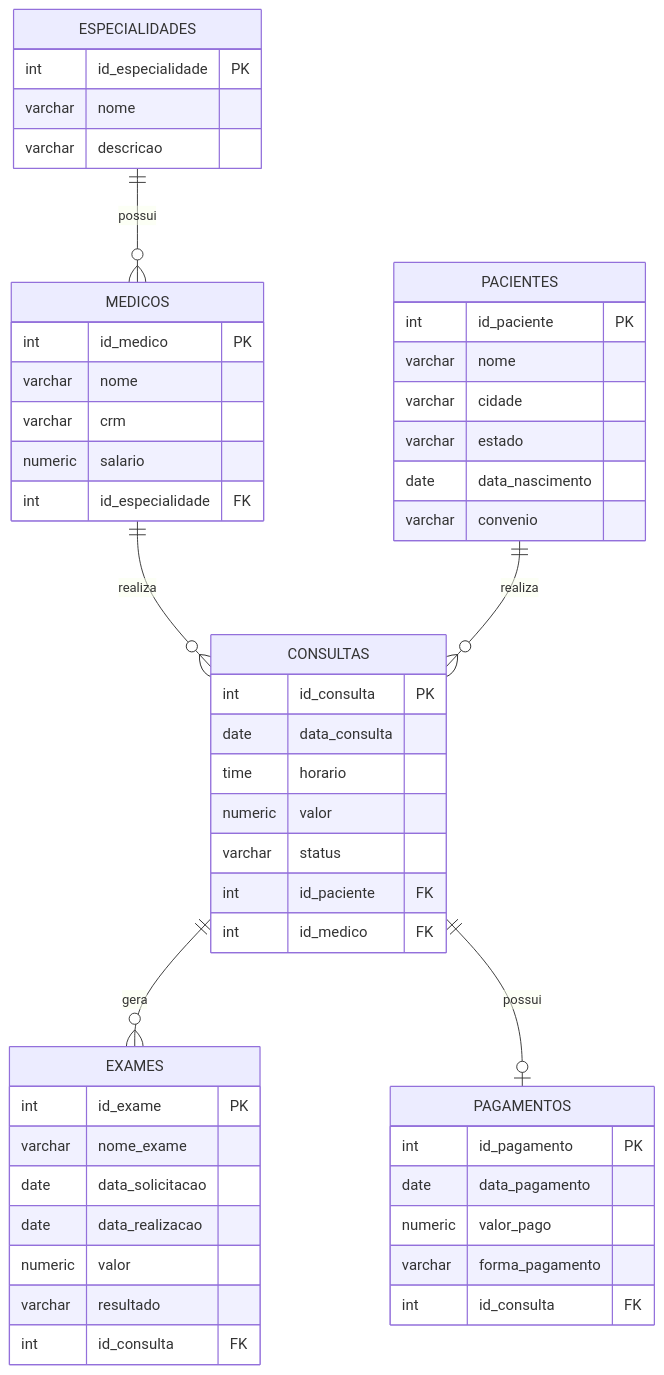
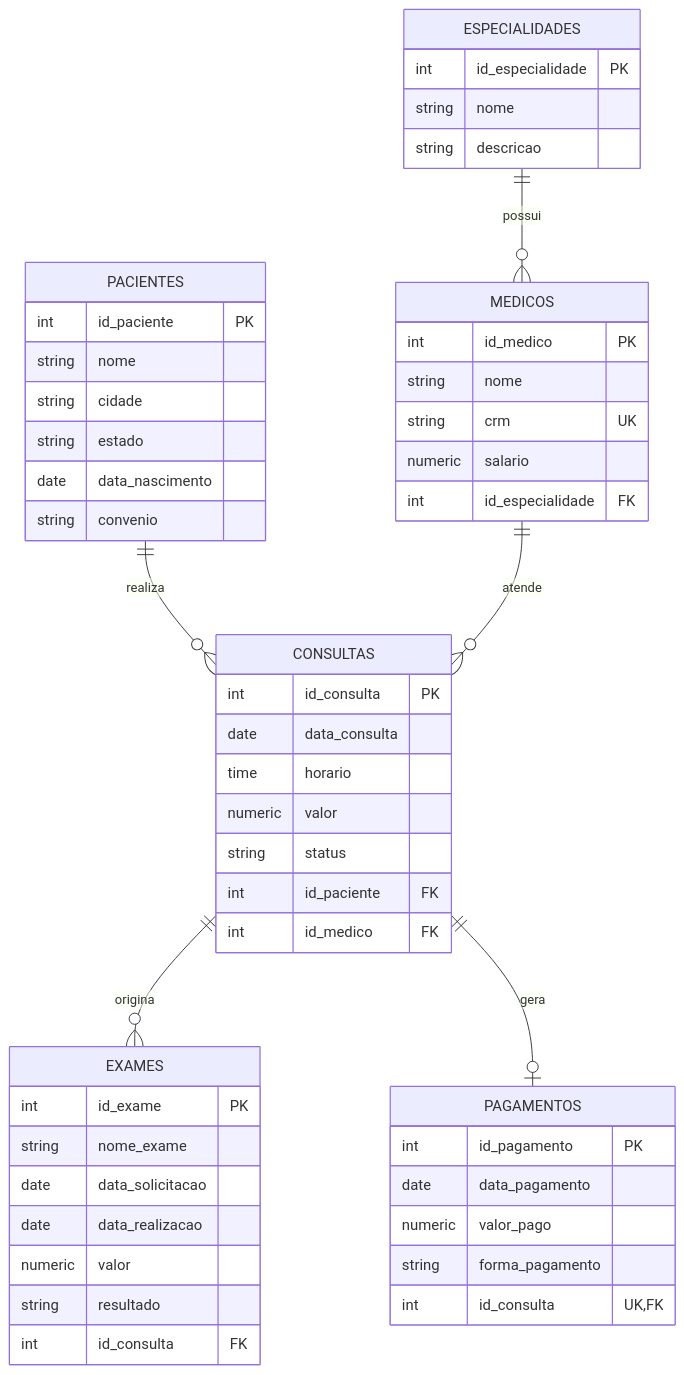
One commit to murilolol/unifef changed the first of 10 diagrams in 4º Semestre/[Prof. Welington Garcia] Tópicos Avançados em Banco de Dados/Provas/Avaliação de TABD/detalhes.md. Above: the diagram before and after it, drawn with Mermaid. The commit also changed other lines of this file and 429 other files, not shown here.

````diff
--- a/4º Semestre/[Prof. Welington Garcia] Tópicos Avançados em Banco de Dados/Provas/Avaliação de TABD/detalhes.md
+++ b/4º Semestre/[Prof. Welington Garcia] Tópicos Avançados em Banco de Dados/Provas/Avaliação de TABD/detalhes.md
@@ -104,59 +161,54 @@
 ```mermaid
 erDiagram
-    ESPECIALIDADES ||--o{ MEDICOS : possui
-    MEDICOS ||--o{ CONSULTAS : realiza
-    PACIENTES ||--o{ CONSULTAS : realiza
-    CONSULTAS ||--o{ EXAMES : gera
-    CONSULTAS ||--o| PAGAMENTOS : possui
+    ESPECIALIDADES ||--o{ MEDICOS : "possui"
+    PACIENTES ||--o{ CONSULTAS : "realiza"
+    MEDICOS ||--o{ CONSULTAS : "atende"
+    CONSULTAS ||--o{ EXAMES : "origina"
+    CONSULTAS ||--o| PAGAMENTOS : "gera"
 
     ESPECIALIDADES {
         int id_especialidade PK
-        varchar nome
-        varchar descricao
+        string nome
+        string descricao
     }
-
     MEDICOS {
         int id_medico PK
-        varchar nome
-        varchar crm
+        string nome
+        string crm UK
         numeric salario
         int id_especialidade FK
     }
-
     PACIENTES {
         int id_paciente PK
-        varchar nome
-        varchar cidade
-        varchar estado
+        string nome
+        string cidade
+        string estado
         date data_nascimento
-        varchar convenio
+        string convenio
     }
-
     CONSULTAS {
         int id_consulta PK
         date data_consulta
         time horario
         numeric valor
-        varchar status
+        string status
         int id_paciente FK
         int id_medico FK
     }
-
     EXAMES {
         int id_exame PK
-        varchar nome_exame
+        string nome_exame
         date data_solicitacao
         date data_realizacao
         numeric valor
-        varchar resultado
+        string resultado
         int id_consulta FK
     }
-
     PAGAMENTOS {
         int id_pagamento PK
         date data_pagamento
         numeric valor_pago
-        varchar forma_pagamento
-        int id_consulta FK
+        string forma_pagamento
+        int id_consulta UK, FK
     }
 ```
````
